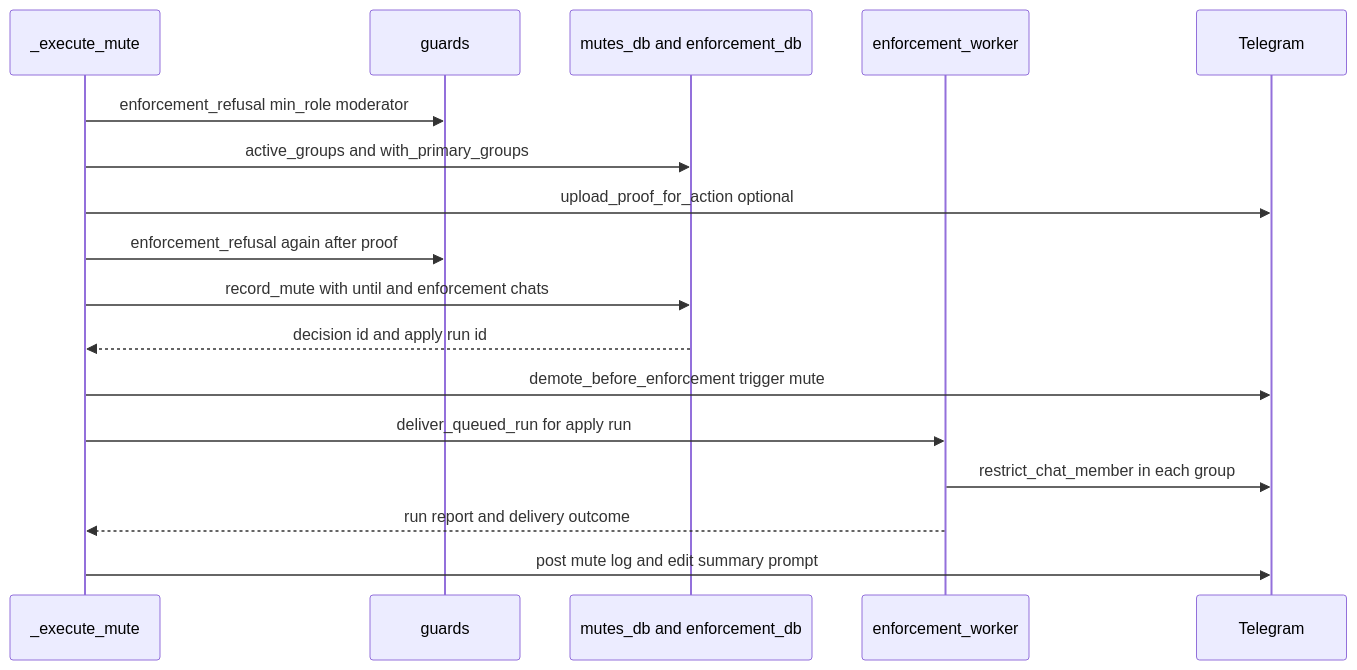
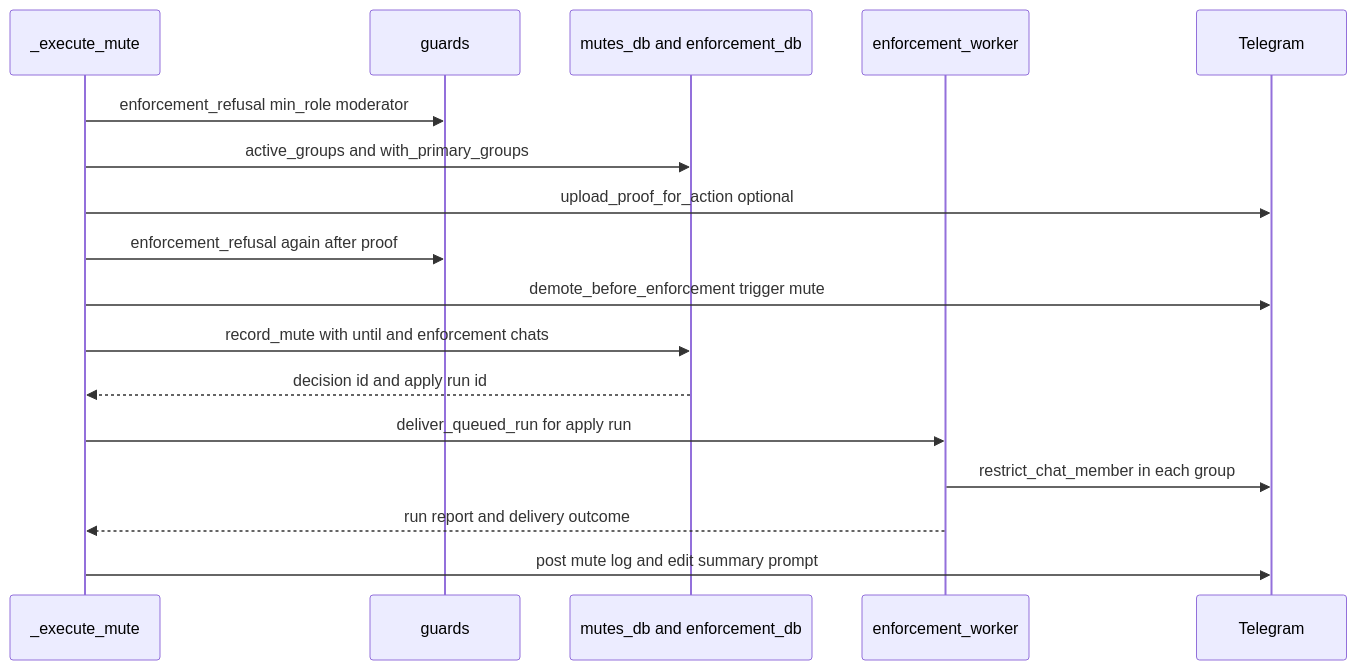
One commit to D1ZZY4/tcbot changed the second of 4 diagrams in docs/flows/muting.md. Above: the diagram before and after it, drawn with Mermaid. The commit also changed other lines of this file and 4 other files, not shown here.

````diff
--- a/docs/flows/muting.md
+++ b/docs/flows/muting.md
@@ -73,19 +73,19 @@
 ```mermaid
 sequenceDiagram
     participant Flow as _execute_mute
     participant Guard as guards
     participant DB as mutes_db and enforcement_db
     participant Work as enforcement_worker
     participant Bot as Telegram
     Flow->>Guard: enforcement_refusal min_role moderator
     Flow->>DB: active_groups and with_primary_groups
     Flow->>Bot: upload_proof_for_action optional
     Flow->>Guard: enforcement_refusal again after proof
+    Flow->>Bot: demote_before_enforcement trigger mute
     Flow->>DB: record_mute with until and enforcement chats
     DB-->>Flow: decision id and apply run id
-    Flow->>Bot: demote_before_enforcement trigger mute
     Flow->>Work: deliver_queued_run for apply run
     Work->>Bot: restrict_chat_member in each group
     Work-->>Flow: run report and delivery outcome
     Flow->>Bot: post mute log and edit summary prompt
 ```
````
